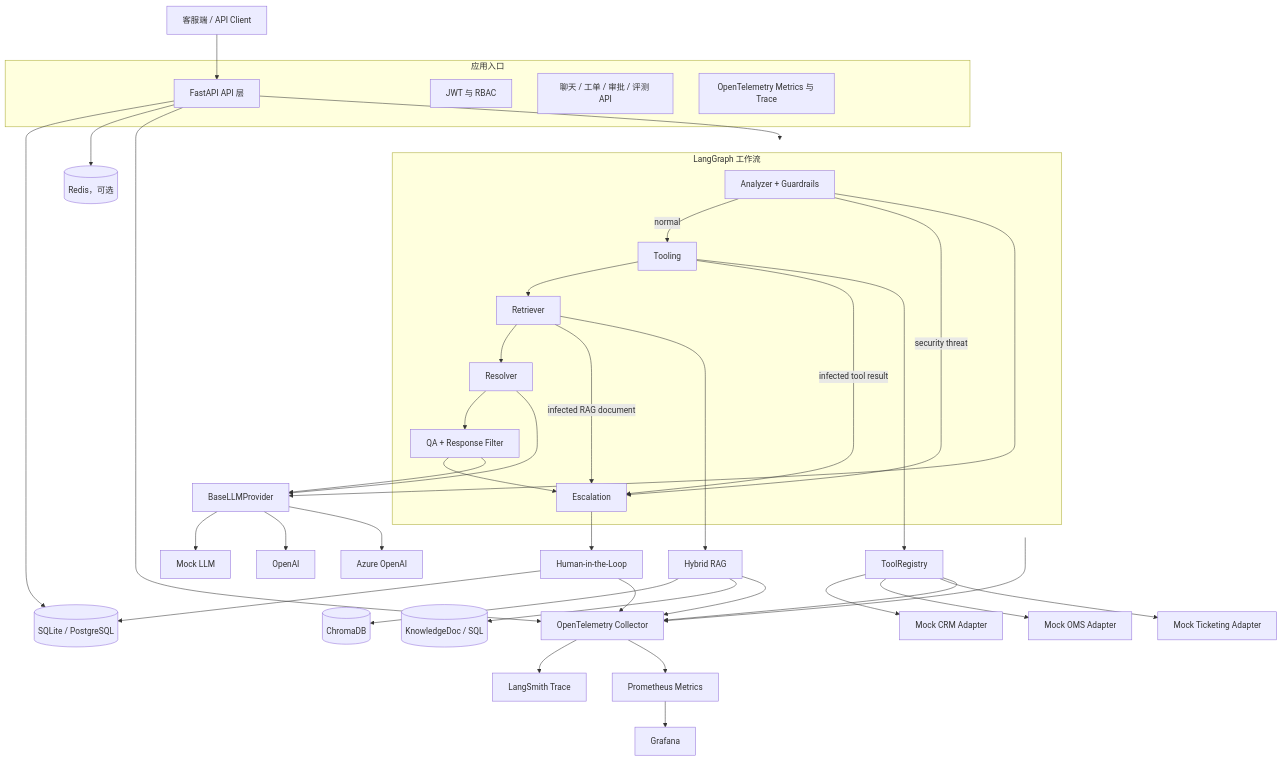
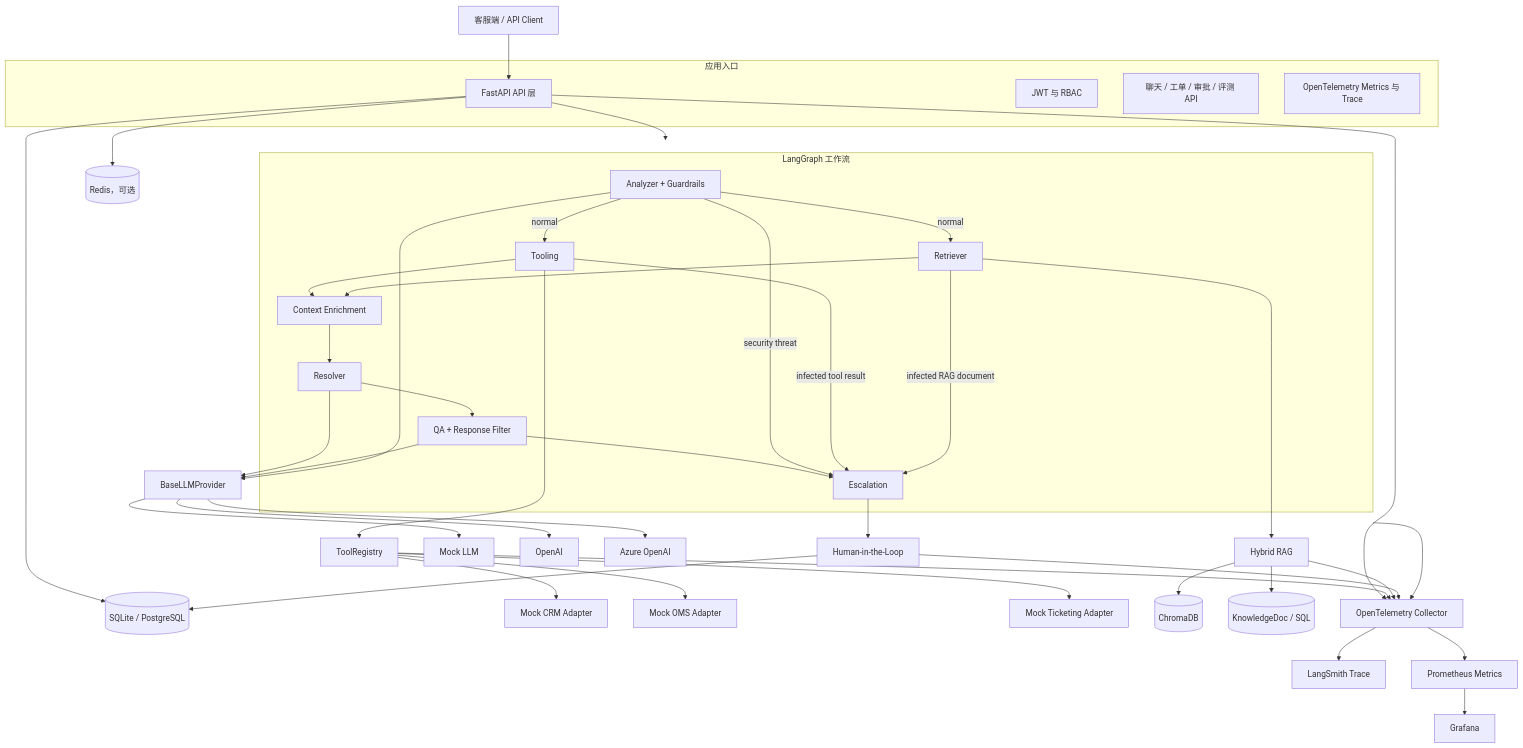
Before and after one commit to sulik0/support-gpt-enterprise-resume: the first of 5 diagrams in docs/ai/01_ARCHITECTURE.md, drawn with Mermaid. The commit also changed other lines of this file and 18 other files, not shown here.

````diff
--- a/docs/ai/01_ARCHITECTURE.md
+++ b/docs/ai/01_ARCHITECTURE.md
@@ -20,59 +20,64 @@
 ```mermaid
 flowchart TB
     Client[客服端 / API Client] --> Gateway[FastAPI API 层]
 
     subgraph App[应用入口]
         Gateway
         Auth[JWT 与 RBAC]
         Chat[聊天 / 工单 / 审批 / 评测 API]
         HTTPTrace[OpenTelemetry Metrics 与 Trace]
     end
 
     Gateway --> Graph
     Gateway --> SQL
     Gateway --> Redis
 
     subgraph Graph[LangGraph 工作流]
         Analyzer[Analyzer + Guardrails]
         Tooling[Tooling]
         Retriever[Retriever]
+        ContextJoin[Context Enrichment]
         Resolver[Resolver]
         QA[QA + Response Filter]
         Escalation[Escalation]
-        Analyzer -->|normal| Tooling --> Retriever --> Resolver --> QA --> Escalation
+        Analyzer -->|normal| Tooling
+        Analyzer -->|normal| Retriever
+        Tooling --> ContextJoin
+        Retriever --> ContextJoin
+        ContextJoin --> Resolver --> QA --> Escalation
         Analyzer -->|security threat| Escalation
         Tooling -->|infected tool result| Escalation
         Retriever -->|infected RAG document| Escalation
     end
 
     Tooling --> Registry[ToolRegistry]
     Registry --> CRM[Mock CRM Adapter]
     Registry --> OMS[Mock OMS Adapter]
     Registry --> Ticketing[Mock Ticketing Adapter]
 
     Retriever --> RAG[Hybrid RAG]
     RAG --> Chroma[(ChromaDB)]
     RAG --> KB[(KnowledgeDoc / SQL)]
 
     Resolver --> Provider[BaseLLMProvider]
     QA --> Provider
     Analyzer --> Provider
     Provider --> Mock[Mock LLM]
     Provider --> OpenAI[OpenAI]
     Provider --> Azure[Azure OpenAI]
 
     Escalation --> Approval[Human-in-the-Loop]
     Approval --> SQL
 
     SQL[(SQLite / PostgreSQL)]
     Redis[(Redis，可选)]
 
     Gateway --> Obs[OpenTelemetry Collector]
     Obs --> LangSmith[LangSmith Trace]
     Obs --> Prometheus[Prometheus Metrics]
     Prometheus --> Grafana[Grafana]
     Graph --> Obs
     Registry --> Obs
     RAG --> Obs
     Approval --> Obs
 ```
````
